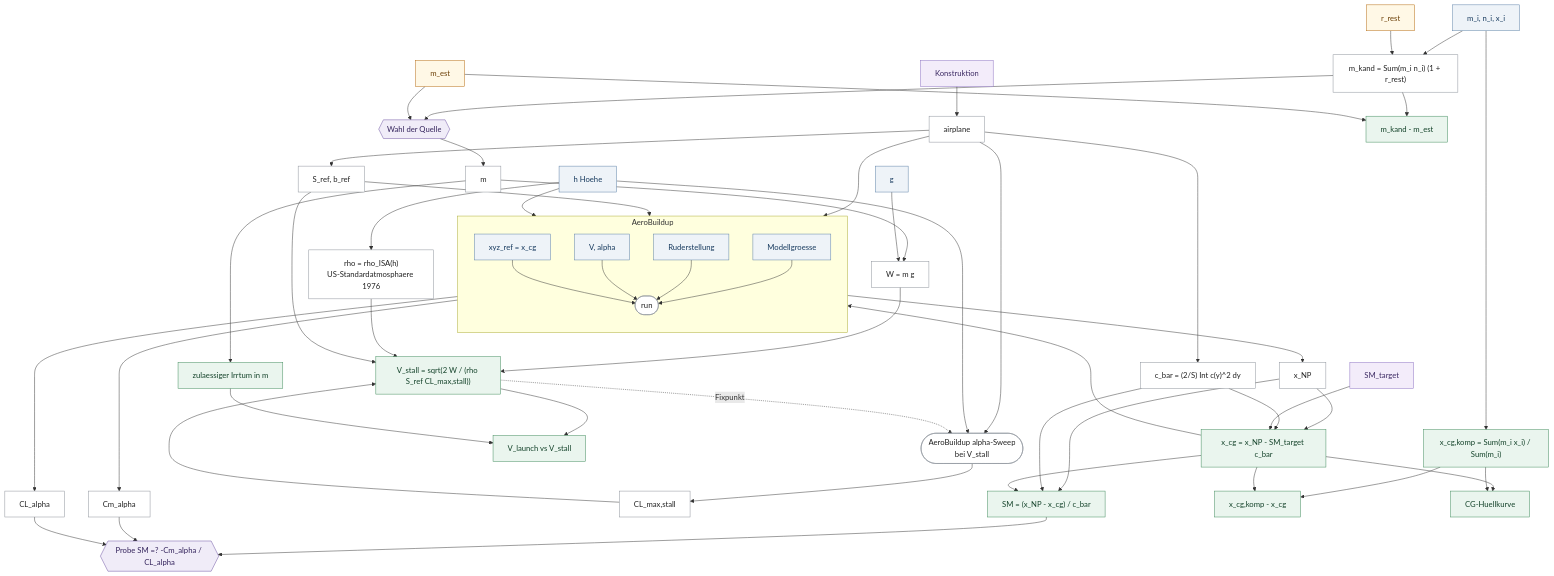
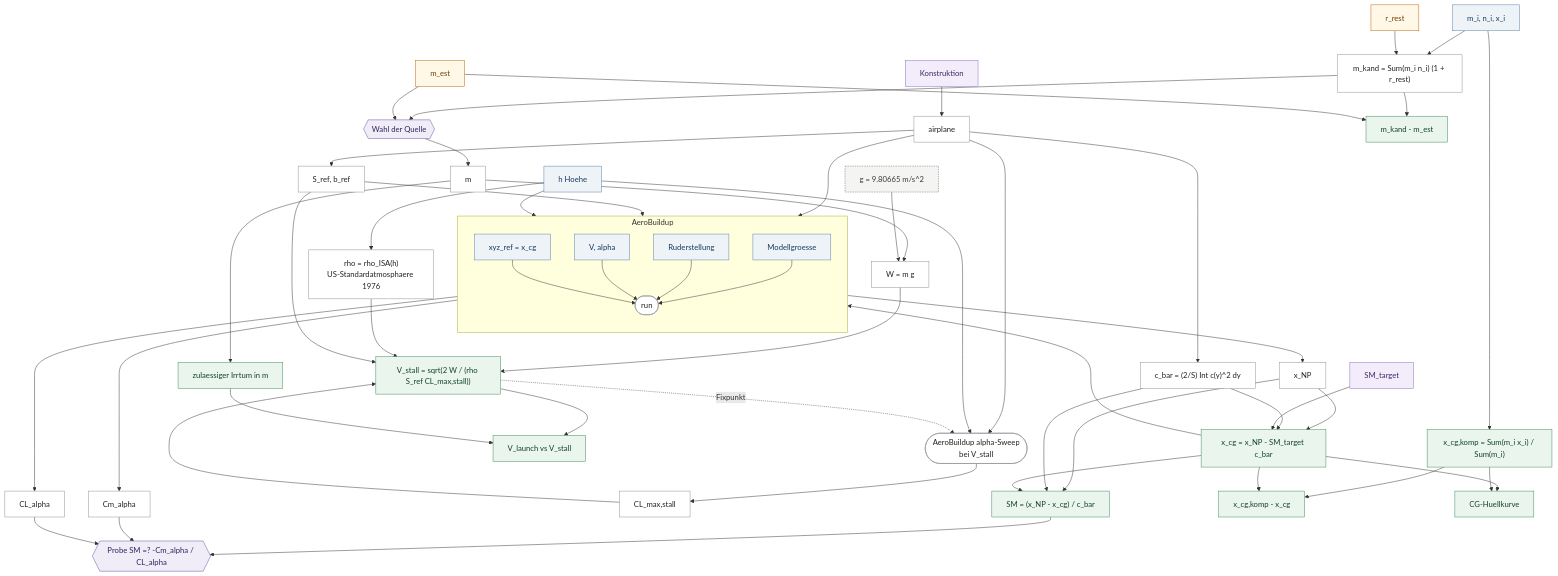
Before and after one commit to szymansk/da3Dalus: the second of 2 diagrams in _reversa_sdd/calculations/canon/PFAD3.md, drawn with Mermaid. The commit also changed other lines of this file and 1 other file, not shown here.

```diff
--- a/_reversa_sdd/calculations/canon/PFAD3.md
+++ b/_reversa_sdd/calculations/canon/PFAD3.md
@@ -429,6 +429,7 @@
   classDef inp fill:#eef3f8,stroke:#5a7fa6,color:#173a5e
   classDef out fill:#eaf5ee,stroke:#3d8a5a,color:#14432a
   classDef chk fill:#f0ecf8,stroke:#6b4fa0,color:#33235c
+  classDef konst fill:#f4f4f2,stroke:#6b6b66,stroke-dasharray:3 2,color:#3a3a36
 
   KONSTR["Konstruktion"]:::choice
   GEO["airplane"]:::drv
@@ -438,7 +439,7 @@
   SMT["SM_target"]:::choice
   HOEHE["h  Hoehe"]:::inp
   ATM["rho = rho_ISA(h)<br/>US-Standardatmosphaere 1976"]:::drv
-  GRAV["g"]:::inp
+  GRAV["g = 9.80665 m/s^2"]:::konst
 
   KOMP["m_i, n_i, x_i"]:::inp
   REST["r_rest"]:::est
```
